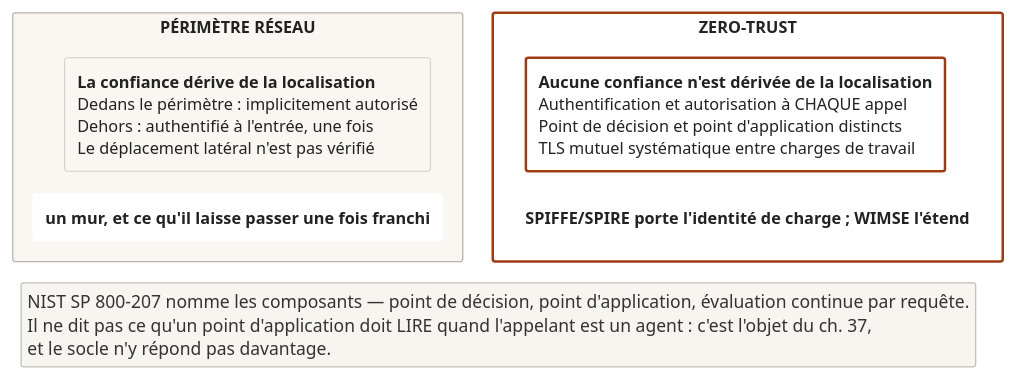
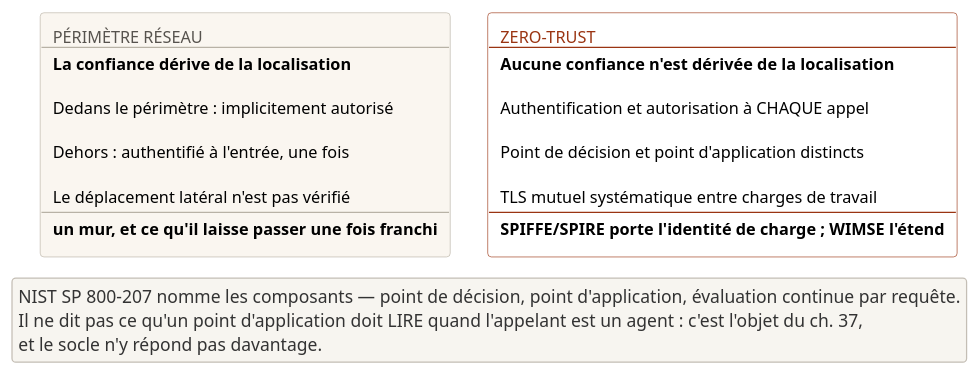
One commit to agbruneau/Agentique changed the diagram in 1 - Compendium 2026/Diagrammes/Figure-03.3 - Du périmètre réseau au zero-trust - ce que la confiance cesse.puml. Above: the diagram before and after it, drawn with PlantUML. The commit also changed 270 other files, not shown here.

First line of the commit message:
Audit approfondi et corrections finales Markdown et diagrammes des 6 ouvrages

```diff
--- a/1 - Compendium 2026/Diagrammes/Figure-03.3 - Du périmètre réseau au zero-trust - ce que la confiance cesse.puml
+++ b/1 - Compendium 2026/Diagrammes/Figure-03.3 - Du périmètre réseau au zero-trust - ce que la confiance cesse.puml
@@ -4,80 +4,50 @@
 @startuml
 top to bottom direction
-hide stereotype
-skinparam packageStyle rectangle
-skinparam backgroundColor #FFFFFF
+skinparam shadowing false
+skinparam roundcorner 6
 skinparam defaultFontName "Segoe UI"
 skinparam defaultFontSize 13
-skinparam shadowing false
-skinparam roundCorner 4
+skinparam backgroundColor #FFFFFF
 skinparam nodesep 30
 skinparam ranksep 18
-
-skinparam package {
-  BackgroundColor #FFFFFF
-  BorderColor #FFFFFF
-  FontColor #555555
-  FontStyle bold
-}
-
-skinparam package<<accent>> {
-  BackgroundColor #FFFFFF
-  BorderColor #FFFFFF
-  FontColor #9E3A14
-  FontStyle bold
-}
-
-skinparam rectangle {
-  BackgroundColor #FAF7F2
-  BorderColor #B8B3AA
-  FontColor #222222
-}
-
-skinparam rectangle<<accent>> {
-  BackgroundColor #FFFFFF
-  BorderColor #9E3A14
-  BorderThickness 2
-  FontColor #222222
-}
-
-skinparam rectangle<<sub>> {
-  BackgroundColor #FFFFFF
-  BorderColor #FFFFFF
-  FontColor #222222
-}
 
 skinparam legendBackgroundColor #F7F5F0
 skinparam legendBorderColor #C4BEB5
 skinparam legendFontColor #333333
 
-package "PÉRIMÈTRE RÉSEAU" as P_LEFT {
-  rectangle L_BOX [
-    <b>La confiance dérive de la localisation</b>
-    Dedans le périmètre : implicitement autorisé
-    Dehors : authentifié à l'entrée, une fois
-    Le déplacement latéral n'est pas vérifié
-  ]
-  rectangle "<b>un mur, et ce qu'il laisse passer une fois franchi</b>" as L_SUB <<sub>>
-  L_BOX -[hidden]down- L_SUB
-}
+rectangle C1 #FAF6F0;line:B8B2A6 [
+  <color:#57534E>PÉRIMÈTRE RÉSEAU</color>
+  ----
+  <b>La confiance dérive de la localisation</b>
 
-package "ZERO-TRUST" as P_RIGHT <<accent>> {
-  rectangle R_BOX <<accent>> [
-    <b>Aucune confiance n'est dérivée de la localisation</b>
-    Authentification et autorisation à CHAQUE appel
-    Point de décision et point d'application distincts
-    TLS mutuel systématique entre charges de travail
-  ]
-  rectangle "<b>SPIFFE/SPIRE porte l'identité de charge ; WIMSE l'étend</b>" as R_SUB <<sub>>
-  R_BOX -[hidden]down- R_SUB
-}
+  Dedans le périmètre : implicitement autorisé
 
-L_BOX -[hidden]right- R_BOX
-L_SUB -[hidden]right- R_SUB
+  Dehors : authentifié à l'entrée, une fois
+
+  Le déplacement latéral n'est pas vérifié
+  ----
+  <b>un mur, et ce qu'il laisse passer une fois franchi</b>
+]
+
+rectangle C2 #FFFFFF;line:9A3412 [
+  <color:#9A3412>ZERO-TRUST</color>
+  ----
+  <b>Aucune confiance n'est dérivée de la localisation</b>
+
+  Authentification et autorisation à CHAQUE appel
+
+  Point de décision et point d'application distincts
+
+  TLS mutuel systématique entre charges de travail
+  ----
+  <b>SPIFFE/SPIRE porte l'identité de charge ; WIMSE l'étend</b>
+]
+
+C1 -[hidden]right-> C2
 
 legend
   NIST SP 800-207 nomme les composants — point de décision, point d'application, évaluation continue par requête.
   Il ne dit pas ce qu'un point d'application doit LIRE quand l'appelant est un agent : c'est l'objet du ch. 37,
   et le socle n'y répond pas davantage.
 endlegend
 @enduml
```
